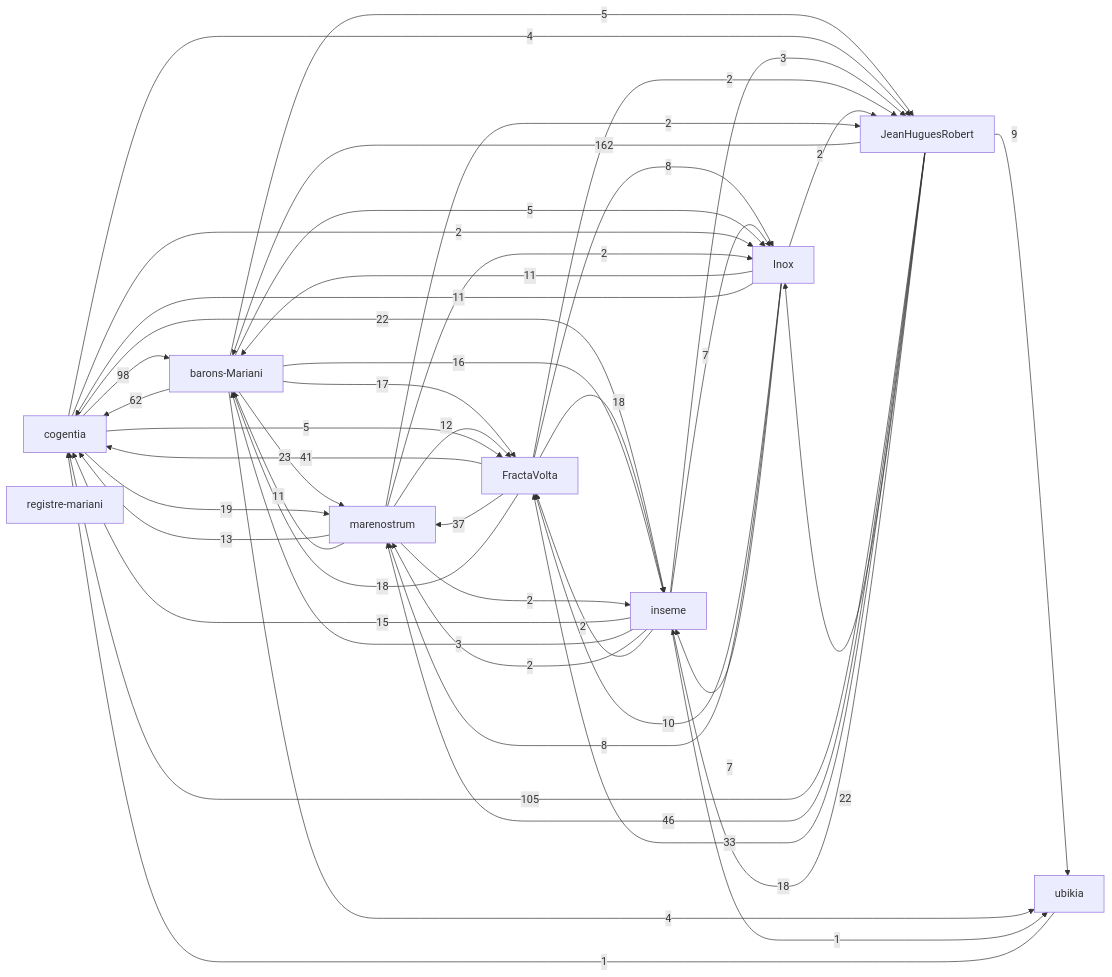
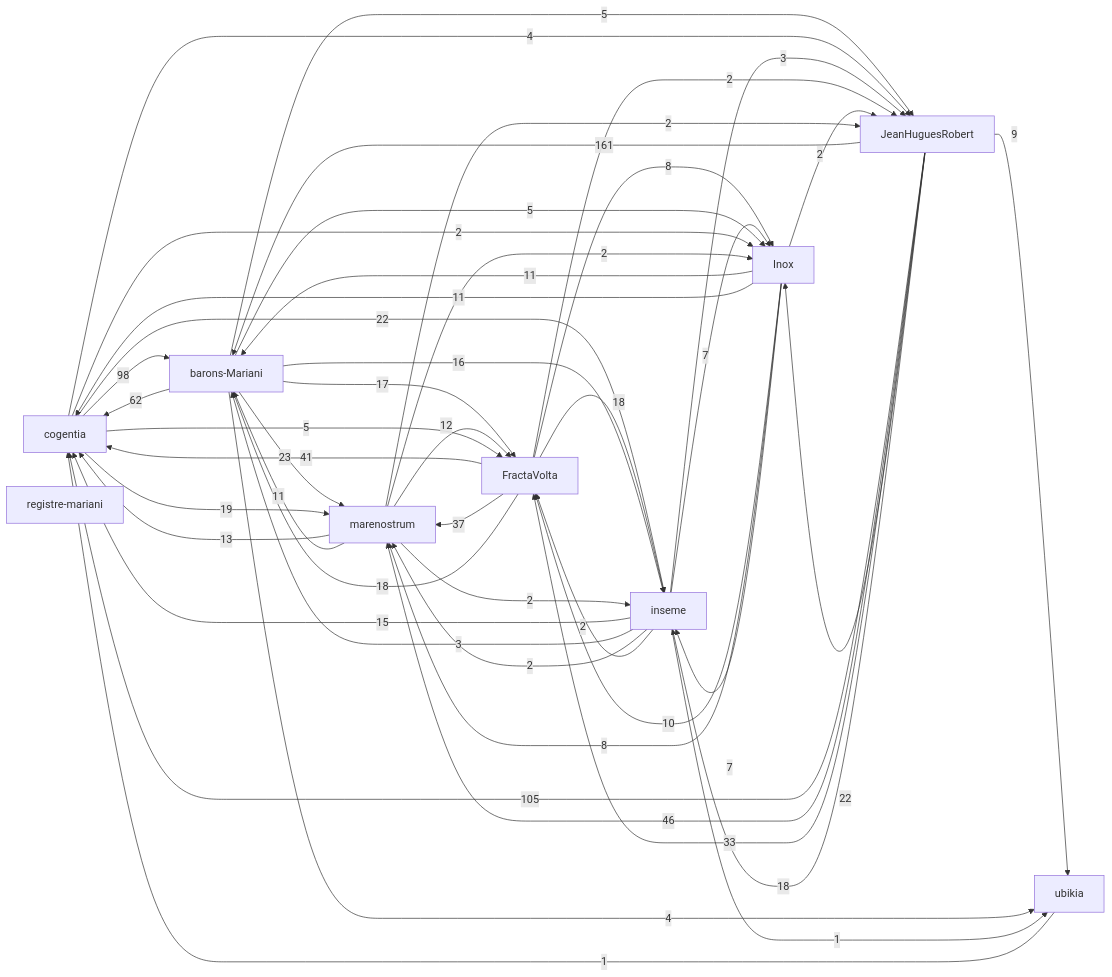
One commit to JeanHuguesRobert/FractaVolta changed the first of 2 diagrams in research/corpus-status.md. Above: the diagram before and after it, drawn with Mermaid.

Commit message:
Refresh generated corpus views

````diff
--- a/research/corpus-status.md
+++ b/research/corpus-status.md
@@ -45,58 +45,58 @@
 ```mermaid
 graph LR
   r_cogentia["cogentia"]
   r_fractavolta["FractaVolta"]
   r_marenostrum["marenostrum"]
   r_barons_mariani["barons-Mariani"]
   r_inseme["inseme"]
   r_inox["Inox"]
   r_registre_mariani["registre-mariani"]
   r_ubikia["ubikia"]
   r_jeanhuguesrobert["JeanHuguesRobert"]
-  r_jeanhuguesrobert -->|162| r_barons_mariani
+  r_jeanhuguesrobert -->|161| r_barons_mariani
   r_jeanhuguesrobert -->|105| r_cogentia
   r_cogentia -->|98| r_barons_mariani
   r_barons_mariani -->|62| r_cogentia
   r_jeanhuguesrobert -->|46| r_marenostrum
   r_fractavolta -->|41| r_cogentia
   r_fractavolta -->|37| r_marenostrum
   r_jeanhuguesrobert -->|33| r_fractavolta
   r_barons_mariani -->|23| r_marenostrum
   r_cogentia -->|22| r_inseme
   r_jeanhuguesrobert -->|22| r_inox
   r_cogentia -->|19| r_marenostrum
   r_fractavolta -->|18| r_inseme
   r_fractavolta -->|18| r_barons_mariani
   r_jeanhuguesrobert -->|18| r_inseme
   r_barons_mariani -->|17| r_fractavolta
   r_barons_mariani -->|16| r_inseme
   r_inseme -->|15| r_cogentia
   r_marenostrum -->|13| r_cogentia
   r_marenostrum -->|12| r_fractavolta
   r_inox -->|11| r_barons_mariani
   r_inox -->|11| r_cogentia
   r_marenostrum -->|11| r_barons_mariani
   r_inox -->|10| r_fractavolta
   r_jeanhuguesrobert -->|9| r_ubikia
   r_fractavolta -->|8| r_inox
   r_inox -->|8| r_marenostrum
   r_inox -->|7| r_inseme
   r_inseme -->|7| r_inox
   r_barons_mariani -->|5| r_inox
   r_barons_mariani -->|5| r_jeanhuguesrobert
   r_cogentia -->|5| r_fractavolta
   r_barons_mariani -->|4| r_ubikia
   r_cogentia -->|4| r_jeanhuguesrobert
   r_inseme -->|3| r_barons_mariani
   r_inseme -->|3| r_jeanhuguesrobert
   r_cogentia -->|2| r_inox
   r_fractavolta -->|2| r_jeanhuguesrobert
   r_inox -->|2| r_jeanhuguesrobert
   r_inseme -->|2| r_marenostrum
   r_inseme -->|2| r_fractavolta
   r_marenostrum -->|2| r_jeanhuguesrobert
   r_marenostrum -->|2| r_inseme
   r_marenostrum -->|2| r_inox
   r_inseme -->|1| r_ubikia
   r_ubikia -->|1| r_cogentia
 ```
````
